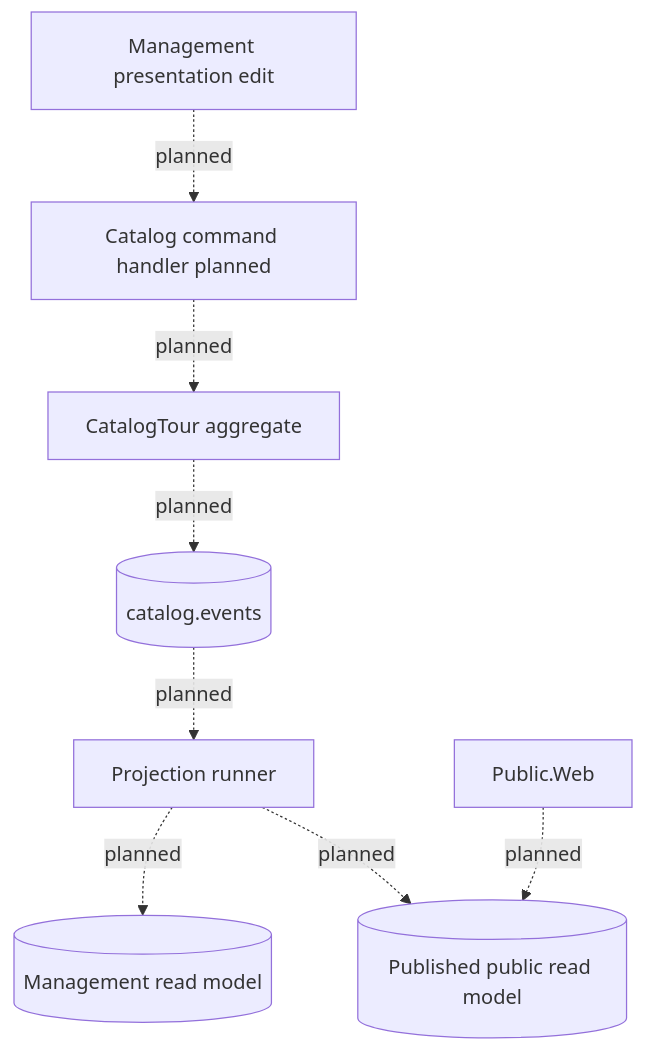
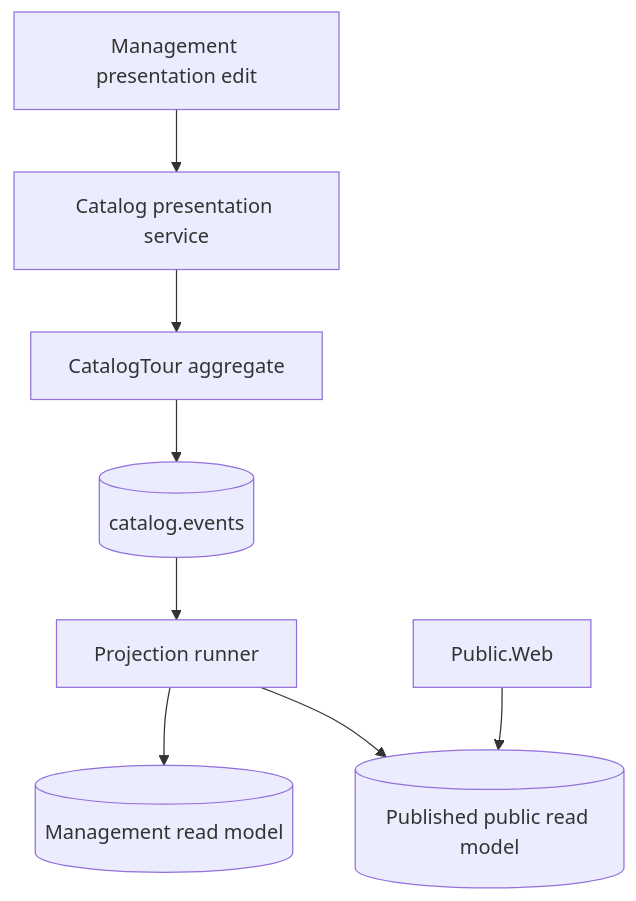
Before and after one commit to danigutsch/ViajantesTurismo: the sixth of 11 diagrams in docs/architecture/FLOWS.md, drawn with Mermaid. The commit also changed other lines of this file and 44 other files, not shown here.

````diff
--- a/docs/architecture/FLOWS.md
+++ b/docs/architecture/FLOWS.md
@@ -175,19 +230,19 @@
 ```mermaid
 flowchart TB
     edit[Management presentation edit]
-    command[Catalog command handler planned]
+    command[Catalog presentation service]
     aggregate[CatalogTour aggregate]
     events[(catalog.events)]
     projector[Projection runner]
     managementRead[(Management read model)]
     publicRead[(Published public read model)]
     publicWeb[Public.Web]
 
-    edit -. planned .-> command
-    command -. planned .-> aggregate
-    aggregate -. planned .-> events
-    events -. planned .-> projector
-    projector -. planned .-> managementRead
-    projector -. planned .-> publicRead
-    publicWeb -. planned .-> publicRead
+    edit --> command
+    command --> aggregate
+    aggregate --> events
+    events --> projector
+    projector --> managementRead
+    projector --> publicRead
+    publicWeb --> publicRead
 ```
````
